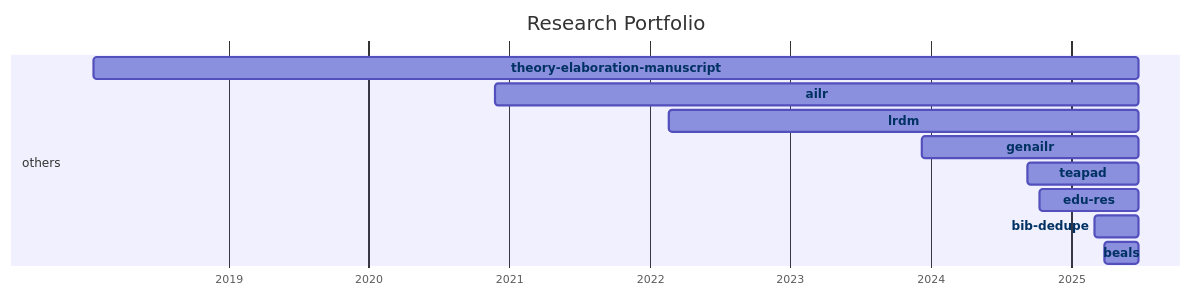
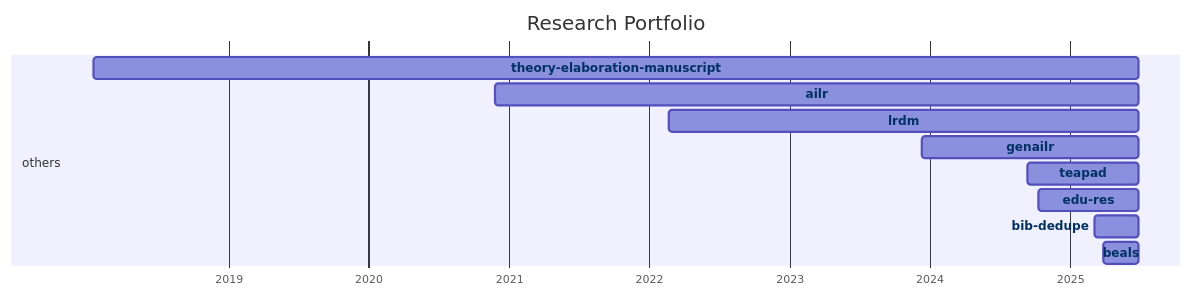
Before and after one commit to digital-work-lab/handbook: the diagram in docs/20-research/25-projects-gantt.md, drawn with Mermaid.

Commit message:
Update repository overview

````diff
--- a/docs/20-research/25-projects-gantt.md
+++ b/docs/20-research/25-projects-gantt.md
@@ -8,35 +8,35 @@
 ```mermaid
 ---
 displayMode: compact
 ---
 gantt
 title Research Portfolio
 dateFormat YYYY-MM-DD
 axisFormat %Y
 
     section work_practices
 
     section distributed_organizing
 
     section knowledge_synthesis
 
     section others
-        beals :beals, 2025-03-28, 2025-06-26
-        bib-dedupe :bib-dedupe, 2025-03-04, 2025-06-26
-        edu-res :edu-res, 2024-10-10, 2025-06-26
-        teapad :teapad, 2024-09-10, 2025-06-26
-        genailr :genailr, 2023-12-10, 2025-06-26
-        lrdm :lrdm, 2022-02-20, 2025-06-26
-        ailr :ailr, 2020-11-26, 2025-06-26
-        theory-elaboration-manuscript :theory-elaboration-manuscript, 2018-01-15, 2025-06-26
+        beals :beals, 2025-03-28, 2025-06-27
+        bib-dedupe :bib-dedupe, 2025-03-04, 2025-06-27
+        edu-res :edu-res, 2024-10-10, 2025-06-27
+        teapad :teapad, 2024-09-10, 2025-06-27
+        genailr :genailr, 2023-12-10, 2025-06-27
+        lrdm :lrdm, 2022-02-20, 2025-06-27
+        ailr :ailr, 2020-11-26, 2025-06-27
+        theory-elaboration-manuscript :theory-elaboration-manuscript, 2018-01-15, 2025-06-27
 
 
     click beals href "{{ site.baseurl }}/docs/20-research/25-projects/_repos/beals"
     click bib-dedupe href "{{ site.baseurl }}/docs/20-research/25-projects/_repos/bib-dedupe"
     click edu-res href "{{ site.baseurl }}/docs/20-research/25-projects/_repos/edu-res"
     click teapad href "{{ site.baseurl }}/docs/20-research/25-projects/_repos/teapad"
     click genailr href "{{ site.baseurl }}/docs/20-research/25-projects/_repos/genailr"
     click lrdm href "{{ site.baseurl }}/docs/20-research/25-projects/_repos/lrdm"
     click ailr href "{{ site.baseurl }}/docs/20-research/25-projects/_repos/ailr"
     click theory-elaboration-manuscript href "{{ site.baseurl }}/docs/20-research/25-projects/_repos/theory-elaboration-manuscript"
 ```
````
